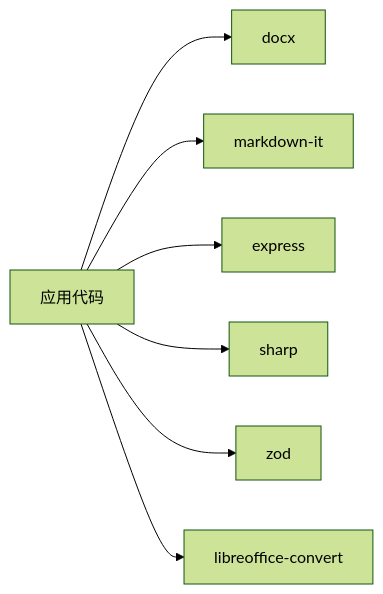
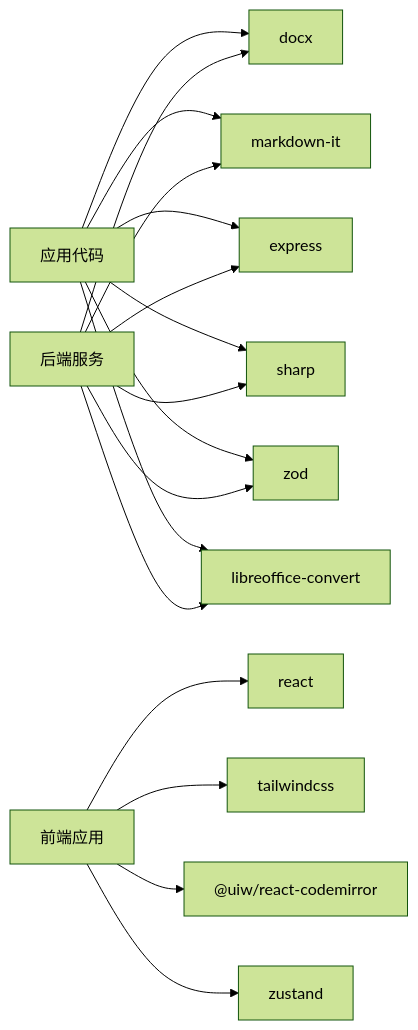
One commit to wanwushelie/markdown-to-word-studio changed the ninth of 9 diagrams in .lingma/repowiki/zh/content/开发指南/开发指南.md. Above: the diagram before and after it, drawn with Mermaid (forest theme). The commit also changed other lines of this file and 21 other files, not shown here.

````diff
--- a/.lingma/repowiki/zh/content/开发指南/开发指南.md
+++ b/.lingma/repowiki/zh/content/开发指南/开发指南.md
@@ -347,9 +455,19 @@
 ```mermaid
 graph LR
 App["应用代码"] --> Docx["docx"]
 App --> MD["markdown-it"]
 App --> Express["express"]
 App --> Sharp["sharp"]
 App --> Zod["zod"]
 App --> Libre["libreoffice-convert"]
+Frontend["前端应用"] --> React["react"]
+Frontend --> Tailwind["tailwindcss"]
+Frontend --> CodeMirror["@uiw/react-codemirror"]
+Frontend --> Zustand["zustand"]
+Backend["后端服务"] --> Docx
+Backend --> MD
+Backend --> Express
+Backend --> Sharp
+Backend --> Zod
+Backend --> Libre
 ```
````
